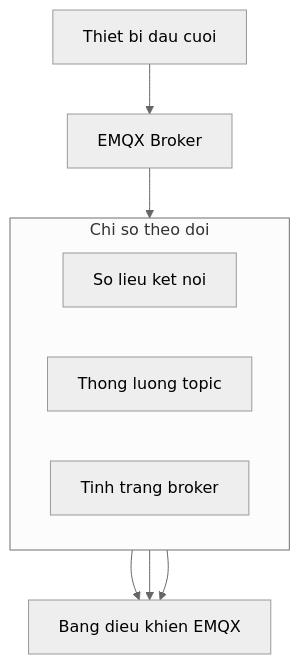
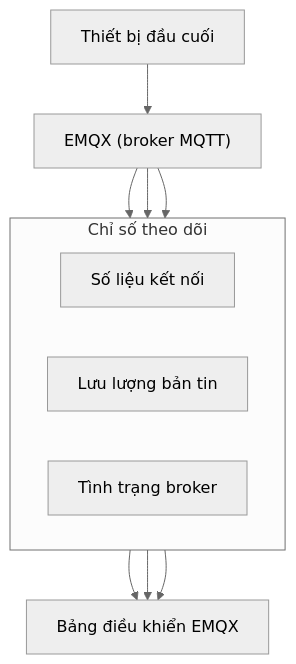
One commit to anmh1205/IoT_Vehicle_Tracking_System changed the diagram in resources/reports/thesis/final/assets/uml/09-chuong-4-trien-khai-cloud-hinh-4-25.mmd. Above: the diagram before and after it, drawn with Mermaid (neutral theme). The commit also changed other lines of this file and 770 other files, not shown here.

```diff
--- a/resources/reports/thesis/final/assets/uml/09-chuong-4-trien-khai-cloud-hinh-4-25.mmd
+++ b/resources/reports/thesis/final/assets/uml/09-chuong-4-trien-khai-cloud-hinh-4-25.mmd
@@ -1,16 +1,18 @@
 flowchart TB
-    Device["Thiet bi dau cuoi"] --> EMQX["EMQX Broker"]
+    Device["Thiết bị đầu cuối"] --> EMQX["EMQX (broker MQTT)"]
 
-    subgraph BrokerView["Chi so theo doi"]
+    subgraph BrokerView["Chỉ số theo dõi"]
         direction LR
-        Metric["So lieu ket noi"]
-        Topic["Thong luong topic"]
-        Health["Tinh trang broker"]
+        Metric["Số liệu kết nối"]
+        Topic["Lưu lượng bản tin"]
+        Health["Tình trạng broker"]
     end
 
-    UI["Bang dieu khien EMQX"]
+    UI["Bảng điều khiển EMQX"]
 
-    EMQX --> BrokerView
+    EMQX --> Metric
+    EMQX --> Topic
+    EMQX --> Health
     Metric --> UI
     Topic --> UI
     Health --> UI
```
